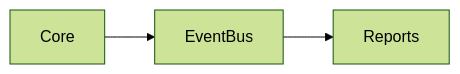
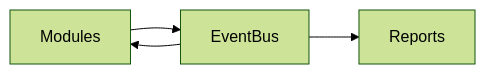
Before and after one commit to sameheg/cafeos: the diagram in ModulesDoc/CORE.md, drawn with Mermaid (forest theme). The commit also changed other lines of this file and 21 other files, not shown here.

````diff
--- a/ModulesDoc/CORE.md
+++ b/ModulesDoc/CORE.md
@@ -16,5 +15,6 @@
 ```mermaid
 flowchart LR
-  A[Core] --> B[EventBus]
-  B --> C[Reports]
+  Modules --> EventBus
+  EventBus --> Modules
+  EventBus --> Reports
 ```
````
